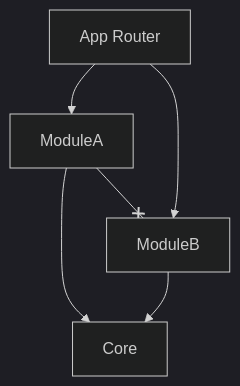
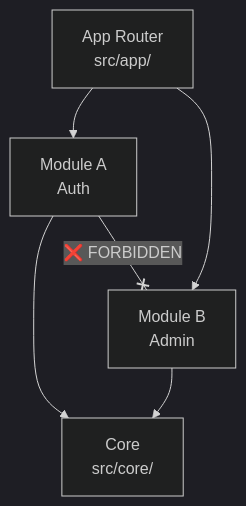
The diagram in docs/architecture/01-modularity.md (SCRIPE-org/SCRIPE-Frontend), drawn with Mermaid (dark theme) before and after one commit. The commit also changed other lines of this file and 3 other files, not shown here.

````diff
--- a/docs/architecture/01-modularity.md
+++ b/docs/architecture/01-modularity.md
@@ -15,8 +31,8 @@
 ```mermaid
 graph TD
-    App[App Router] --> ModuleA
-    App --> ModuleB
-    ModuleA --> Core
-    ModuleB --> Core
-    ModuleA --x ModuleB
+    APP[App Router<br/>src/app/] --> MOD_A[Module A<br/>Auth]
+    APP --> MOD_B[Module B<br/>Admin]
+    MOD_A --> CORE[Core<br/>src/core/]
+    MOD_B --> CORE
+    MOD_A --x|❌ FORBIDDEN| MOD_B
 ```
````
